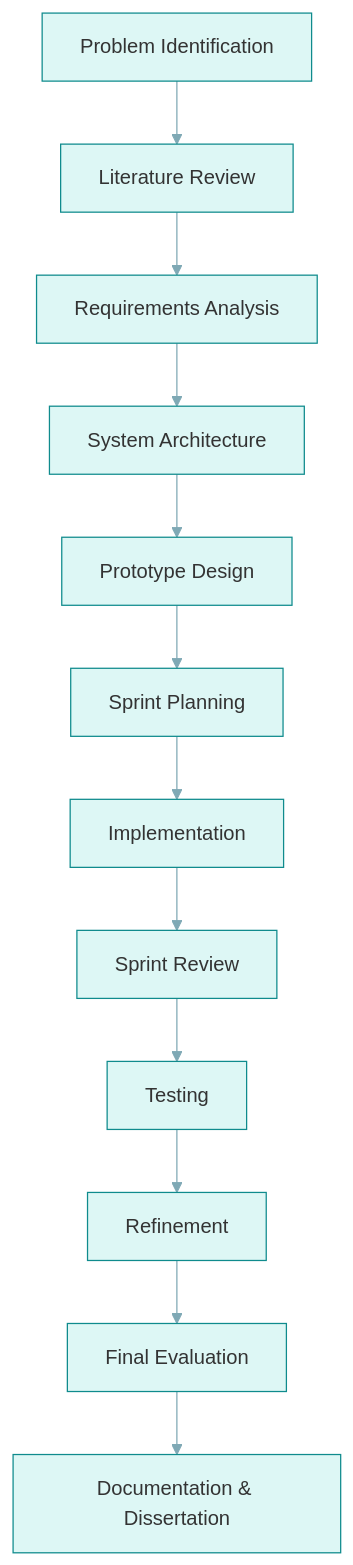
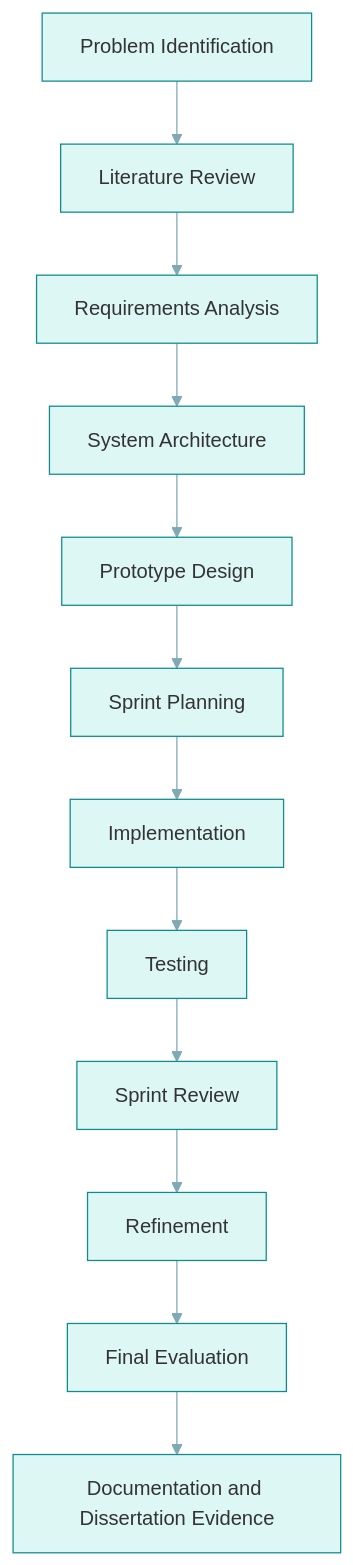
Before and after one commit to basil-emeokoro/SERPS: the diagram in docs/dissertation/chapter3/source/Figure3_1_Hybrid_Design_Science_Research_and_Agile_Development_Process_Adopted_for_SERPS.mmd, drawn with Mermaid. The commit also changed 141 other files, not shown here.

Commit message:
docs(ch3): remediate diagram visual quality

```diff
--- a/docs/dissertation/chapter3/source/Figure3_1_Hybrid_Design_Science_Research_and_Agile_Development_Process_Adopted_for_SERPS.mmd
+++ b/docs/dissertation/chapter3/source/Figure3_1_Hybrid_Design_Science_Research_and_Agile_Development_Process_Adopted_for_SERPS.mmd
@@ -1,25 +1,25 @@
 %%{init: {'theme': 'base', 'themeVariables': {'primaryColor': '#DDF7F5', 'primaryBorderColor': '#0F8B8D', 'lineColor': '#7FA9B5', 'fontFamily': 'Segoe UI, Arial'}}}%%
 flowchart TD
   N0["Problem Identification"]
   N1["Literature Review"]
   N0 --> N1
   N2["Requirements Analysis"]
   N1 --> N2
   N3["System Architecture"]
   N2 --> N3
   N4["Prototype Design"]
   N3 --> N4
   N5["Sprint Planning"]
   N4 --> N5
   N6["Implementation"]
   N5 --> N6
-  N7["Sprint Review"]
+  N7["Testing"]
   N6 --> N7
-  N8["Testing"]
+  N8["Sprint Review"]
   N7 --> N8
   N9["Refinement"]
   N8 --> N9
   N10["Final Evaluation"]
   N9 --> N10
-  N11["Documentation & Dissertation"]
+  N11["Documentation and Dissertation Evidence"]
   N10 --> N11
```
